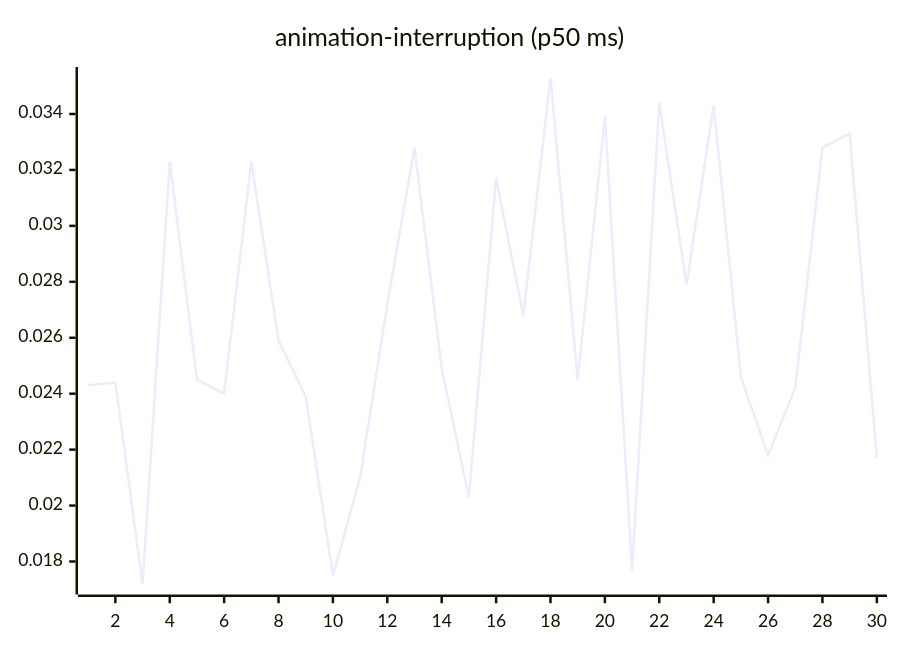
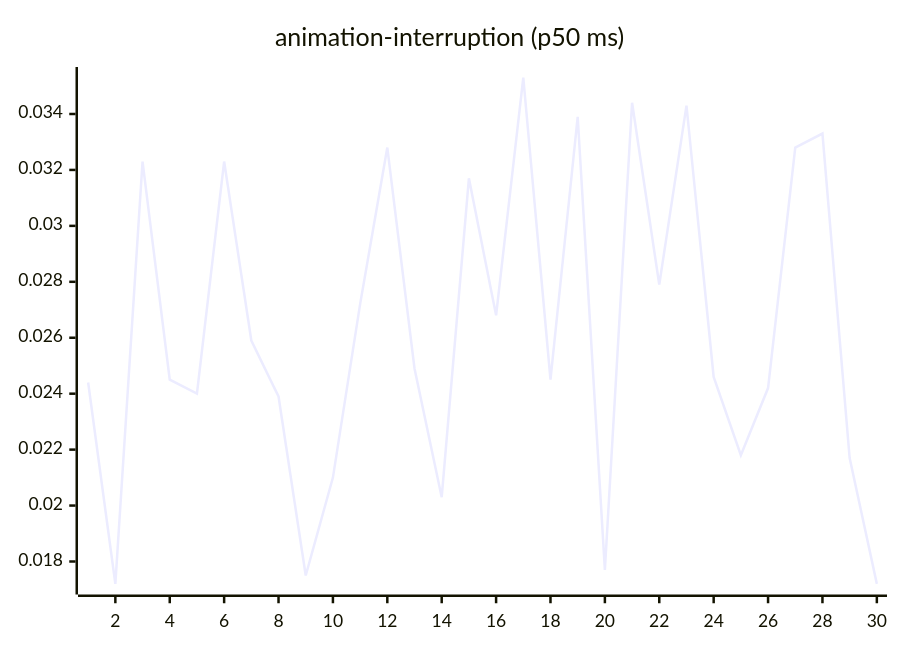
One commit to josha/Facet changed the third of 27 diagrams in README.md. Above: the diagram before and after it, drawn with Mermaid. The commit also changed other lines of this file and 2 other files, not shown here.

````diff
--- a/README.md
+++ b/README.md
@@ -77,6 +77,6 @@
 ```mermaid
 xychart-beta
     title "animation-interruption (p50 ms)"
     x-axis 1 --> 30
-    line [0.0243, 0.0244, 0.0172, 0.0323, 0.0245, 0.0240, 0.0323, 0.0259, 0.0239, 0.0175, 0.0210, 0.0272, 0.0328, 0.0249, 0.0203, 0.0317, 0.0268, 0.0353, 0.0245, 0.0339, 0.0177, 0.0344, 0.0279, 0.0343, 0.0246, 0.0218, 0.0242, 0.0328, 0.0333, 0.0217]
+    line [0.0244, 0.0172, 0.0323, 0.0245, 0.0240, 0.0323, 0.0259, 0.0239, 0.0175, 0.0210, 0.0272, 0.0328, 0.0249, 0.0203, 0.0317, 0.0268, 0.0353, 0.0245, 0.0339, 0.0177, 0.0344, 0.0279, 0.0343, 0.0246, 0.0218, 0.0242, 0.0328, 0.0333, 0.0217, 0.0172]
 ```
````
